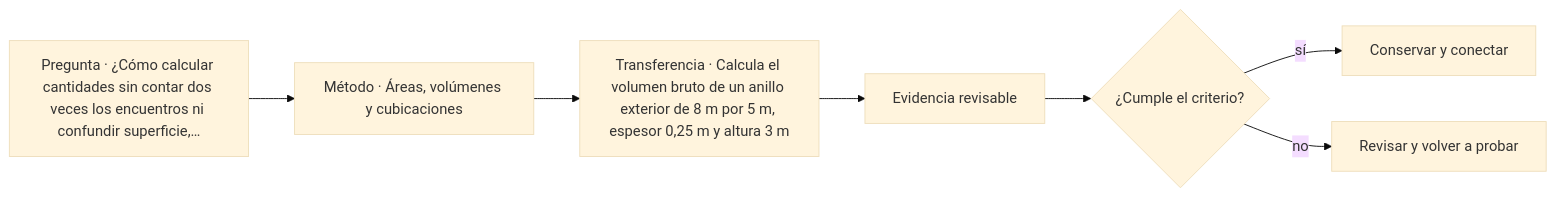
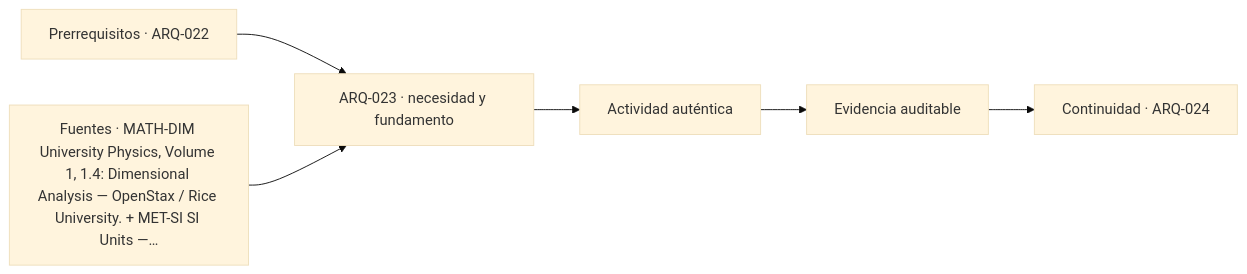
The diagram in classes/parte-03/ARQ-023.md (vladimiracunadev-create/architecture-built-environment-learning-program), drawn with Mermaid (base theme) before and after one commit. The commit also changed other lines of this file and 761 other files, not shown here.

````diff
--- a/classes/parte-03/ARQ-023.md
+++ b/classes/parte-03/ARQ-023.md
@@ -93,9 +105,8 @@
 ```mermaid
 flowchart LR
-    Q["Pregunta · ¿Cómo calcular cantidades sin contar dos veces los encuentros ni confundir superficie,…"] --> M["Método · Áreas, volúmenes y cubicaciones"]
-    M --> P["Transferencia · Calcula el volumen bruto de un anillo exterior de 8 m por 5 m, espesor 0,25 m y altura 3 m"]
-    P --> E["Evidencia revisable"]
-    E --> C{"¿Cumple el criterio?"}
-    C -->|sí| T["Conservar y conectar"]
-    C -->|no| R["Revisar y volver a probar"]
+    A["Prerrequisitos · ARQ-022"] --> B["ARQ-023 · necesidad y fundamento"]
+    S["Fuentes · MATH-DIM University Physics, Volume 1, 1.4: Dimensional Analysis — OpenStax / Rice University. + MET-SI SI Units —…"] --> B
+    B --> C["Actividad auténtica"]
+    C --> D["Evidencia auditable"]
+    D --> E["Continuidad · ARQ-024"]
 ```
````
